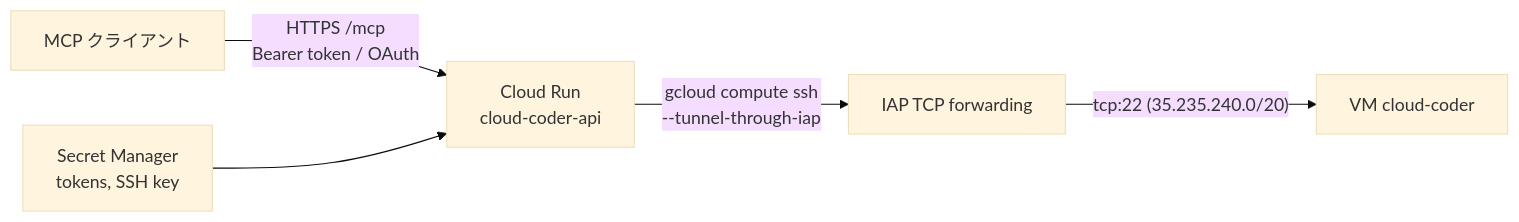
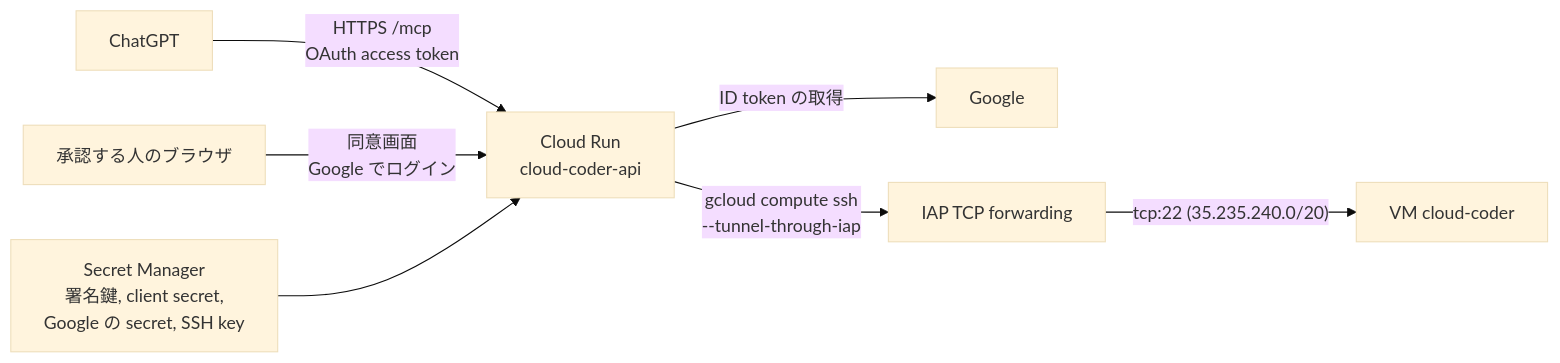
One commit to TTRSQ/cloud-coder changed the diagram in infra/README.md. Above: the diagram before and after it, drawn with Mermaid (base theme). The commit also changed other lines of this file and 13 other files, not shown here.

First line of the commit message:
Approve /mcp OAuth grants with Google sign-in and a pre-registered ChatGPT client

````diff
--- a/infra/README.md
+++ b/infra/README.md
@@ -5,7 +5,9 @@
 ```mermaid
 flowchart LR
-  client[MCP クライアント] -- "HTTPS /mcp<br>Bearer token / OAuth" --> run[Cloud Run<br>cloud-coder-api]
+  client[ChatGPT] -- "HTTPS /mcp<br>OAuth access token" --> run[Cloud Run<br>cloud-coder-api]
+  user[承認する人のブラウザ] -- "同意画面<br>Google でログイン" --> run
+  run -- "ID token の取得" --> google[Google]
   run -- "gcloud compute ssh<br>--tunnel-through-iap" --> iap[IAP TCP forwarding]
   iap -- "tcp:22 (35.235.240.0/20)" --> vm[VM cloud-coder]
-  sm[Secret Manager<br>tokens, SSH key] --> run
+  sm[Secret Manager<br>署名鍵, client secret,<br>Google の secret, SSH key] --> run
 ```
````
